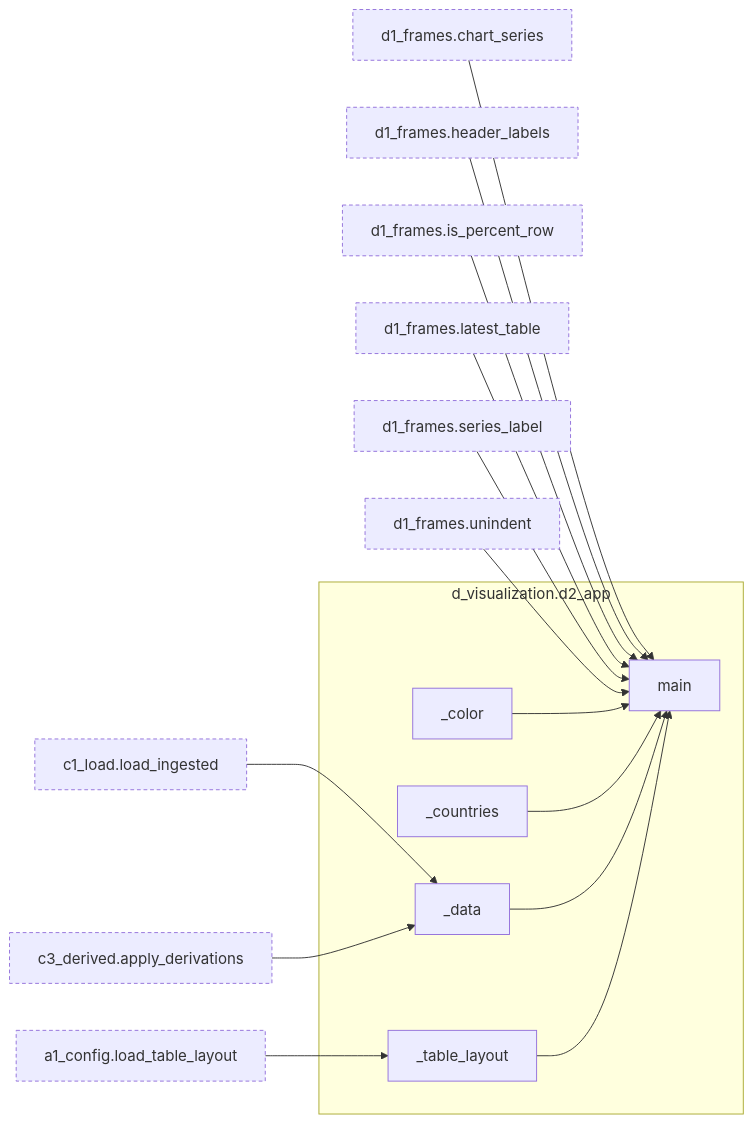
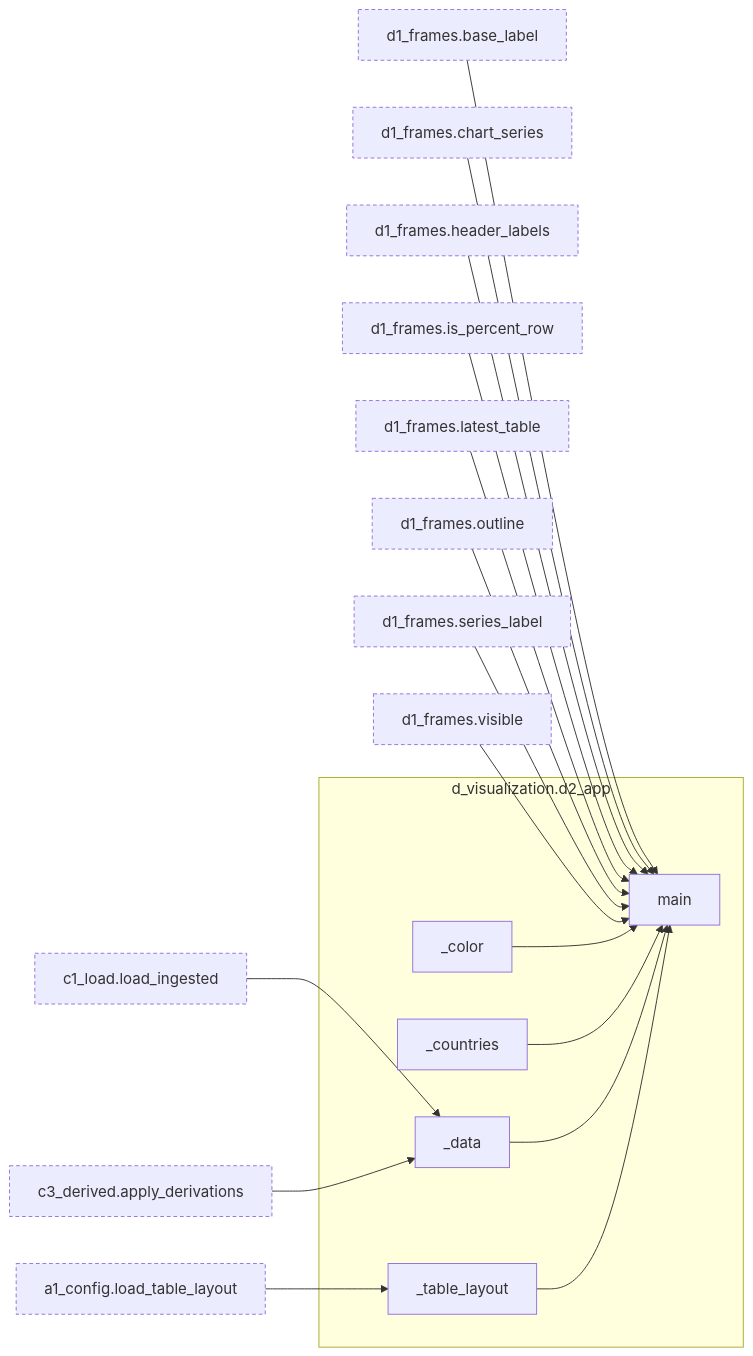
Diagram 15 of 15 in docs/architecture.md (bsawyerg15/MacroScan), drawn with Mermaid before and after one commit. The commit also changed other lines of this file and 3 other files, not shown here.

````diff
--- a/docs/architecture.md
+++ b/docs/architecture.md
@@ -1348,47 +1388,53 @@
 ```mermaid
 flowchart LR
   subgraph this["d_visualization.d2_app"]
     n_d_visualization_d2_app__color["_color"]
     n_d_visualization_d2_app__countries["_countries"]
     n_d_visualization_d2_app__data["_data"]
     n_d_visualization_d2_app__table_layout["_table_layout"]
     n_d_visualization_d2_app_main["main"]
   end
   n_a_core_a1_config_load_table_layout["a1_config.load_table_layout"]:::ext
   n_c_transform_c1_load_load_ingested["c1_load.load_ingested"]:::ext
   n_c_transform_c3_derived_apply_derivations["c3_derived.apply_derivations"]:::ext
+  n_d_visualization_d1_frames_base_label["d1_frames.base_label"]:::ext
   n_d_visualization_d1_frames_chart_series["d1_frames.chart_series"]:::ext
   n_d_visualization_d1_frames_header_labels["d1_frames.header_labels"]:::ext
   n_d_visualization_d1_frames_is_percent_row["d1_frames.is_percent_row"]:::ext
   n_d_visualization_d1_frames_latest_table["d1_frames.latest_table"]:::ext
+  n_d_visualization_d1_frames_outline["d1_frames.outline"]:::ext
   n_d_visualization_d1_frames_series_label["d1_frames.series_label"]:::ext
-  n_d_visualization_d1_frames_unindent["d1_frames.unindent"]:::ext
+  n_d_visualization_d1_frames_visible["d1_frames.visible"]:::ext
   n_c_transform_c1_load_load_ingested --> n_d_visualization_d2_app__data
   n_c_transform_c3_derived_apply_derivations --> n_d_visualization_d2_app__data
   n_a_core_a1_config_load_table_layout --> n_d_visualization_d2_app__table_layout
+  n_d_visualization_d1_frames_base_label --> n_d_visualization_d2_app_main
   n_d_visualization_d1_frames_chart_series --> n_d_visualization_d2_app_main
   n_d_visualization_d1_frames_header_labels --> n_d_visualization_d2_app_main
   n_d_visualization_d1_frames_is_percent_row --> n_d_visualization_d2_app_main
   n_d_visualization_d1_frames_latest_table --> n_d_visualization_d2_app_main
+  n_d_visualization_d1_frames_outline --> n_d_visualization_d2_app_main
   n_d_visualization_d1_frames_series_label --> n_d_visualization_d2_app_main
-  n_d_visualization_d1_frames_unindent --> n_d_visualization_d2_app_main
+  n_d_visualization_d1_frames_visible --> n_d_visualization_d2_app_main
   n_d_visualization_d2_app__color --> n_d_visualization_d2_app_main
   n_d_visualization_d2_app__countries --> n_d_visualization_d2_app_main
   n_d_visualization_d2_app__data --> n_d_visualization_d2_app_main
   n_d_visualization_d2_app__table_layout --> n_d_visualization_d2_app_main
   click n_a_core_a1_config_load_table_layout href "#fn-a_core-a1_config-load_table_layout"
   click n_c_transform_c1_load_load_ingested href "#fn-c_transform-c1_load-load_ingested"
   click n_c_transform_c3_derived_apply_derivations href "#fn-c_transform-c3_derived-apply_derivations"
+  click n_d_visualization_d1_frames_base_label href "#fn-d_visualization-d1_frames-base_label"
   click n_d_visualization_d1_frames_chart_series href "#fn-d_visualization-d1_frames-chart_series"
   click n_d_visualization_d1_frames_header_labels href "#fn-d_visualization-d1_frames-header_labels"
   click n_d_visualization_d1_frames_is_percent_row href "#fn-d_visualization-d1_frames-is_percent_row"
   click n_d_visualization_d1_frames_latest_table href "#fn-d_visualization-d1_frames-latest_table"
+  click n_d_visualization_d1_frames_outline href "#fn-d_visualization-d1_frames-outline"
   click n_d_visualization_d1_frames_series_label href "#fn-d_visualization-d1_frames-series_label"
-  click n_d_visualization_d1_frames_unindent href "#fn-d_visualization-d1_frames-unindent"
+  click n_d_visualization_d1_frames_visible href "#fn-d_visualization-d1_frames-visible"
   click n_d_visualization_d2_app__color href "#fn-d_visualization-d2_app-_color"
   click n_d_visualization_d2_app__countries href "#fn-d_visualization-d2_app-_countries"
   click n_d_visualization_d2_app__data href "#fn-d_visualization-d2_app-_data"
   click n_d_visualization_d2_app__table_layout href "#fn-d_visualization-d2_app-_table_layout"
   click n_d_visualization_d2_app_main href "#fn-d_visualization-d2_app-main"
   classDef ext stroke-dasharray: 4 3
 ```
````
